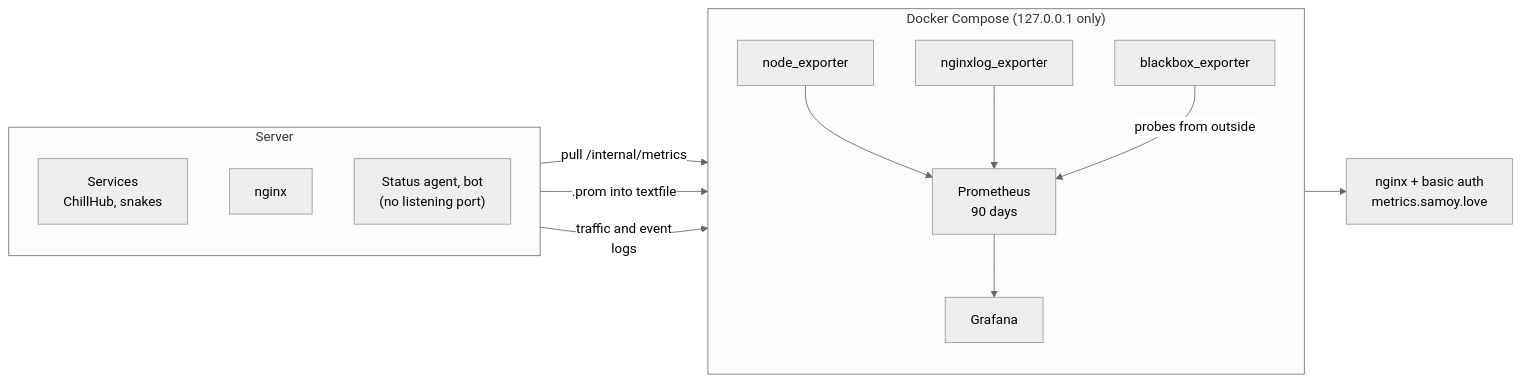
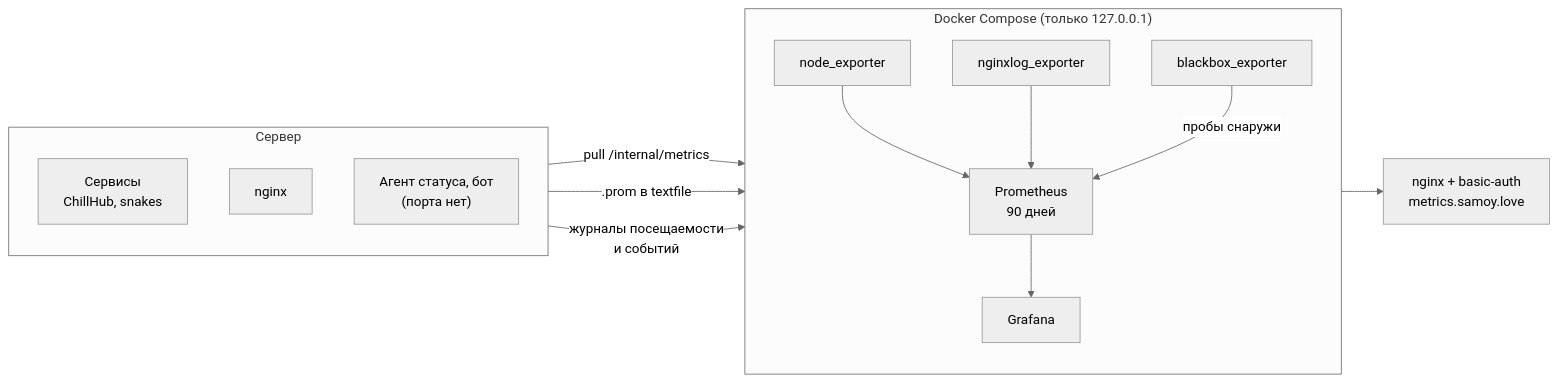
The diagram in README.md (samoy-love/metrics.samoy.love), drawn with Mermaid (neutral theme) before and after one commit. The commit also changed other lines of this file and 3 other files, not shown here.

````diff
--- a/README.md
+++ b/README.md
@@ -50,27 +51,27 @@
 ```mermaid
 flowchart LR
-    subgraph host["Server"]
+    subgraph host["Сервер"]
         direction TB
-        svc["Services<br/>ChillHub, snakes"]
+        svc["Сервисы<br/>ChillHub, snakes"]
         nginx["nginx"]
-        timer["Status agent, bot<br/>(no listening port)"]
+        timer["Агент статуса, бот<br/>(порта нет)"]
     end
 
-    subgraph compose["Docker Compose (127.0.0.1 only)"]
+    subgraph compose["Docker Compose (только 127.0.0.1)"]
         direction TB
         node["node_exporter"]
         nglog["nginxlog_exporter"]
         bb["blackbox_exporter"]
-        prom["Prometheus<br/>90 days"]
+        prom["Prometheus<br/>90 дней"]
         graf["Grafana"]
     end
 
     svc -->|"pull /internal/metrics"| prom
-    timer -->|".prom into textfile"| node
-    nginx -->|"traffic and event<br/>logs"| nglog
+    timer -->|".prom в textfile"| node
+    nginx -->|"журналы посещаемости<br/>и событий"| nglog
     node --> prom
     nglog --> prom
-    bb -->|"probes from outside"| prom
+    bb -->|"пробы снаружи"| prom
     prom --> graf
-    graf --> gate["nginx + basic auth<br/>metrics.samoy.love"]
+    graf --> gate["nginx + basic-auth<br/>metrics.samoy.love"]
 ```
````
